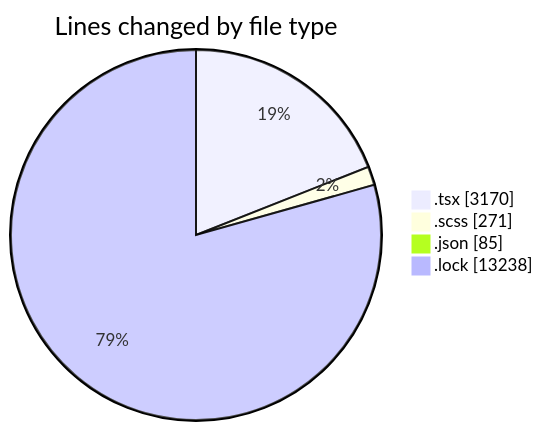
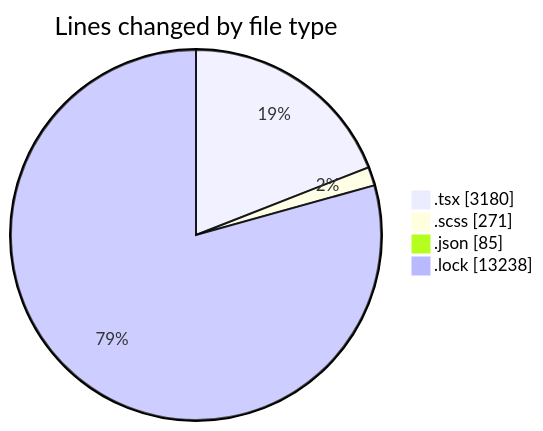
Before and after one commit to momahboobian/code-tracking: the first of 2 diagrams in 2025-11-18/cda/README.md, drawn with Mermaid. The commit also changed other lines of this file and 1 other file, not shown here.

````diff
--- a/2025-11-18/cda/README.md
+++ b/2025-11-18/cda/README.md
@@ -29,8 +29,8 @@
 ```mermaid
 pie showData
 title Lines changed by file type
-".tsx" : 3170
+".tsx" : 3180
 ".scss" : 271
 ".json" : 85
 ".lock" : 13238
 ```
````
